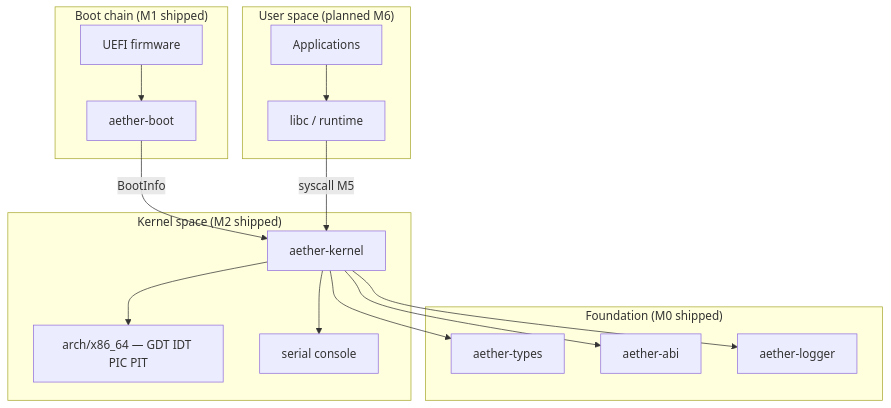
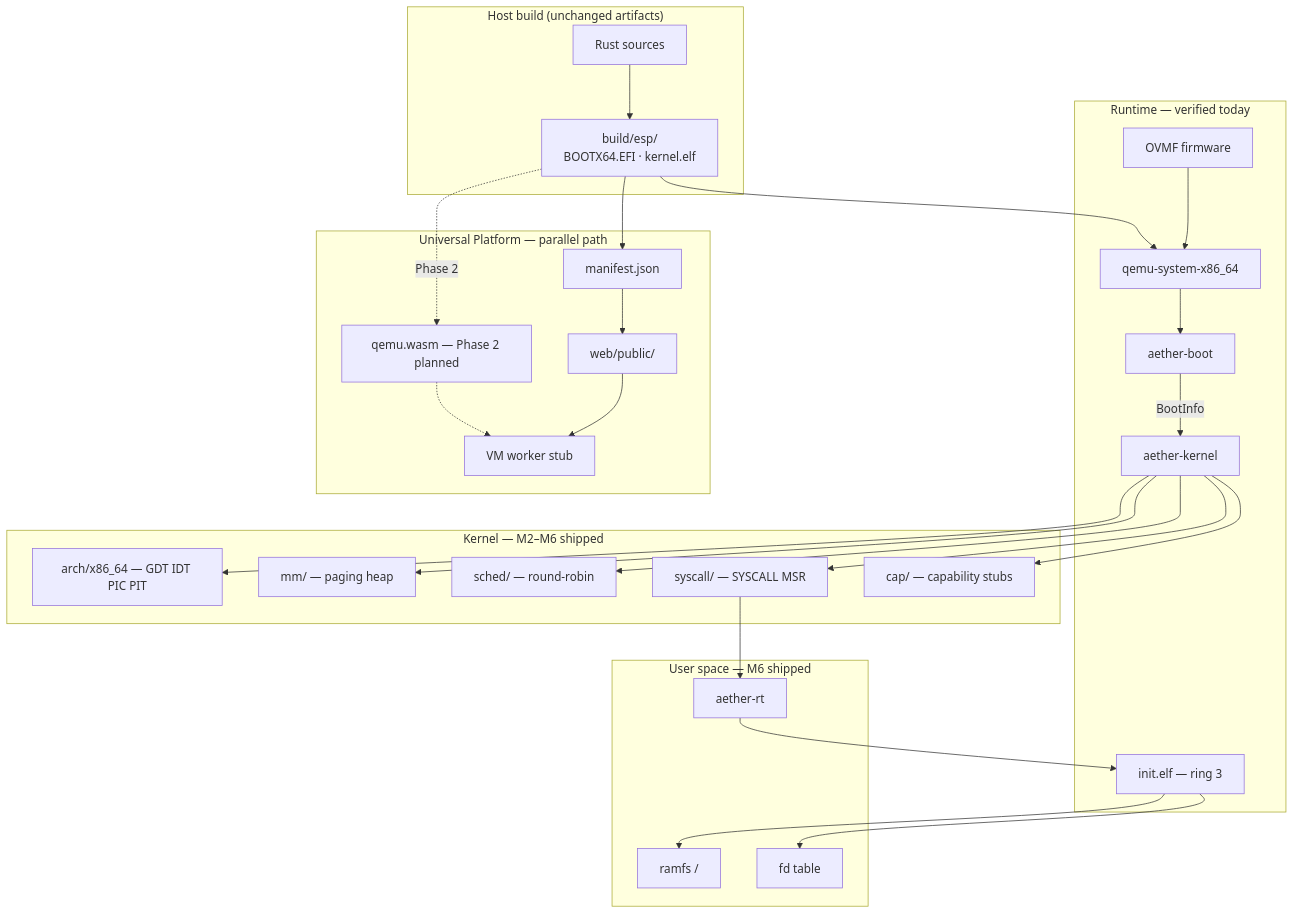
One commit to D1bakar/ather-os changed the diagram in README.md. Above: the diagram before and after it, drawn with Mermaid. The commit also changed other lines of this file and 3 other files, not shown here.

Commit message:
docs: redesign README and About for Universal Platform identity

````diff
--- a/README.md
+++ b/README.md
@@ -67,34 +69,57 @@
 ```mermaid
 graph TB
-    subgraph userspace["User space (planned M6)"]
-        APP[Applications]
-        LIBC[libc / runtime]
+    subgraph host["Host build (unchanged artifacts)"]
+        SRC[Rust sources]
+        ESP["build/esp/<br/>BOOTX64.EFI · kernel.elf"]
     end
 
-    subgraph kernelspace["Kernel space (M2 shipped)"]
+    subgraph runtime_qemu["Runtime — verified today"]
+        OVMF[OVMF firmware]
+        QEMU[qemu-system-x86_64]
+        BL[aether-boot]
         KERN[aether-kernel]
-        ARCH[arch/x86_64 — GDT IDT PIC PIT]
-        SER[serial console]
+        INIT[init.elf — ring 3]
     end
 
-    subgraph bootchain["Boot chain (M1 shipped)"]
-        UEFI[UEFI firmware]
-        BL[aether-boot]
+    subgraph userspace["User space — M6 shipped"]
+        RT[aether-rt]
+        RAMFS[ramfs /]
+        FD[fd table]
     end
 
-    subgraph foundation["Foundation (M0 shipped)"]
-        TYPES[aether-types]
-        ABI[aether-abi]
-        LOG[aether-logger]
+    subgraph kernel_core["Kernel — M2–M6 shipped"]
+        ARCH[arch/x86_64 — GDT IDT PIC PIT]
+        MM[mm/ — paging heap]
+        SCHED[sched/ — round-robin]
+        SC[syscall/ — SYSCALL MSR]
+        CAP[cap/ — capability stubs]
     end
 
-    UEFI --> BL
+    subgraph web_path["Universal Platform — parallel path"]
+        MAN[manifest.json]
+        WEB[web/public/]
+        STUB[VM worker stub]
+        QW["qemu.wasm — Phase 2 planned"]
+    end
+
+    SRC --> ESP
+    ESP --> QEMU
+    OVMF --> QEMU
+    QEMU --> BL
     BL -->|BootInfo| KERN
     KERN --> ARCH
-    KERN --> SER
-    APP --> LIBC
-    LIBC -->|syscall M5| KERN
-    KERN --> TYPES
-    KERN --> ABI
-    KERN --> LOG
+    KERN --> MM
+    KERN --> SCHED
+    KERN --> SC
+    KERN --> CAP
+    SC --> RT
+    RT --> INIT
+    INIT --> RAMFS
+    INIT --> FD
+
+    ESP --> MAN
+    MAN --> WEB
+    ESP -.->|Phase 2| QW
+    QW -.-> STUB
+    WEB --> STUB
 ```
````
